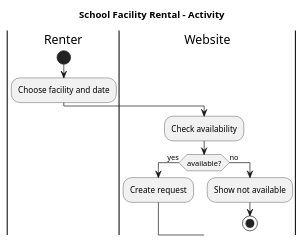
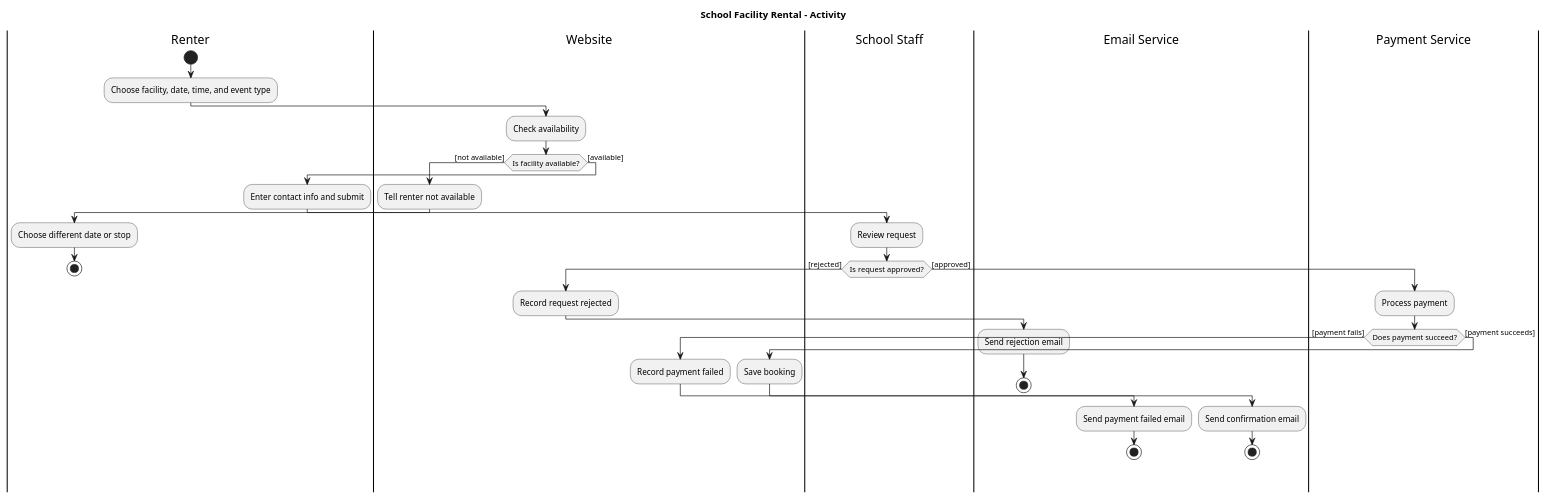
The diagram in Homework 6/ActivityDiagram.puml (echamb24/3560-Homework), drawn with PlantUML before and after one commit. The commit also changed other lines of this file and 3 other files, not shown here.

Commit message:
Finish H6 Diagrams + .pngs

```diff
--- a/Homework 6/ActivityDiagram.puml
+++ b/Homework 6/ActivityDiagram.puml
@@ -1,15 +1,52 @@
 @startuml
 title School Facility Rental - Activity
+
 |Renter|
 start
-:Choose facility and date;
+:Choose facility, date, time, and event type;
+
 |Website|
 :Check availability;
-if (available?) then (yes)
-:Create request;
-else (no)
-:Show not available;
-stop
+
+if (Is facility available?) then ([not available])
+  :Tell renter not available;
+  |Renter|
+  :Choose different date or stop;
+  stop
+else ([available])
+  |Renter|
+  :Enter contact info and submit;
+
+  |School Staff|
+  :Review request;
+
+  if (Is request approved?) then ([rejected])
+    |Website|
+    :Record request rejected;
+
+    |Email Service|
+    :Send rejection email;
+    stop
+  else ([approved])
+    |Payment Service|
+    :Process payment;
+
+    if (Does payment succeed?) then ([payment fails])
+      |Website|
+      :Record payment failed;
+
+      |Email Service|
+      :Send payment failed email;
+      stop
+    else ([payment succeeds])
+      |Website|
+      :Save booking;
+
+      |Email Service|
+      :Send confirmation email;
+      stop
+    endif
+  endif
 endif
 
 @enduml
```
